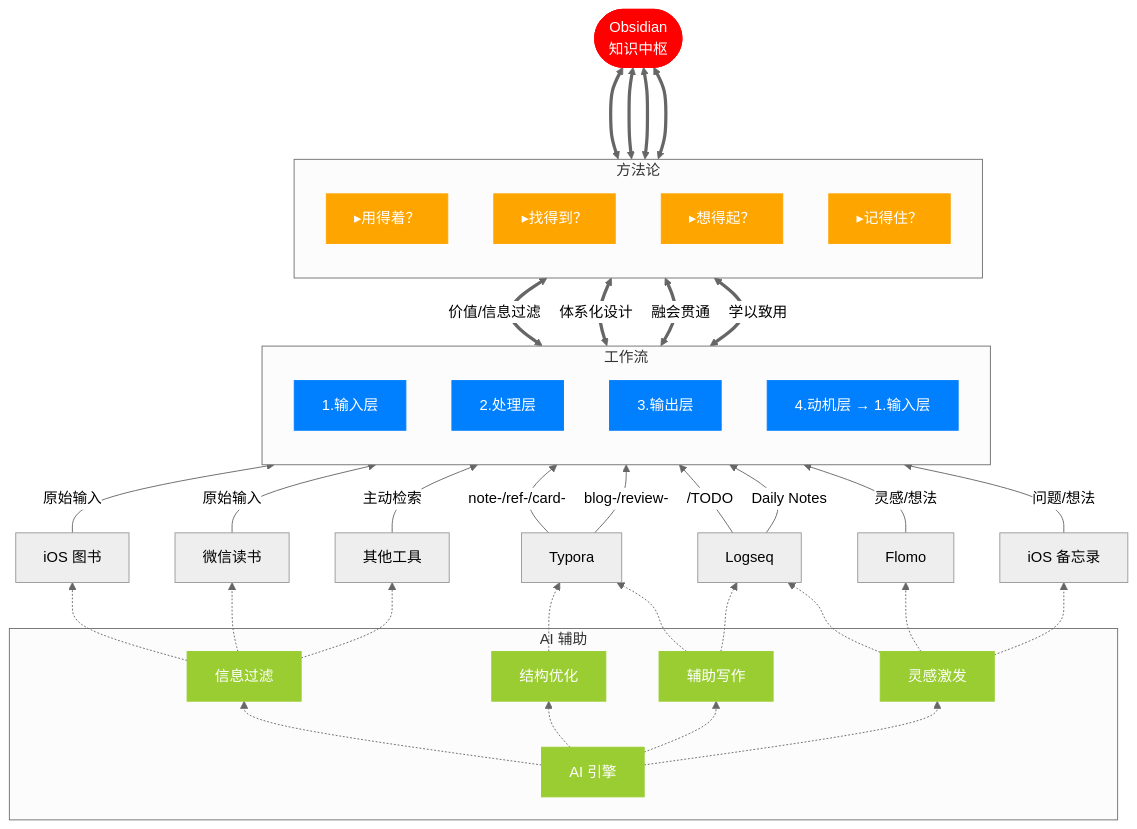
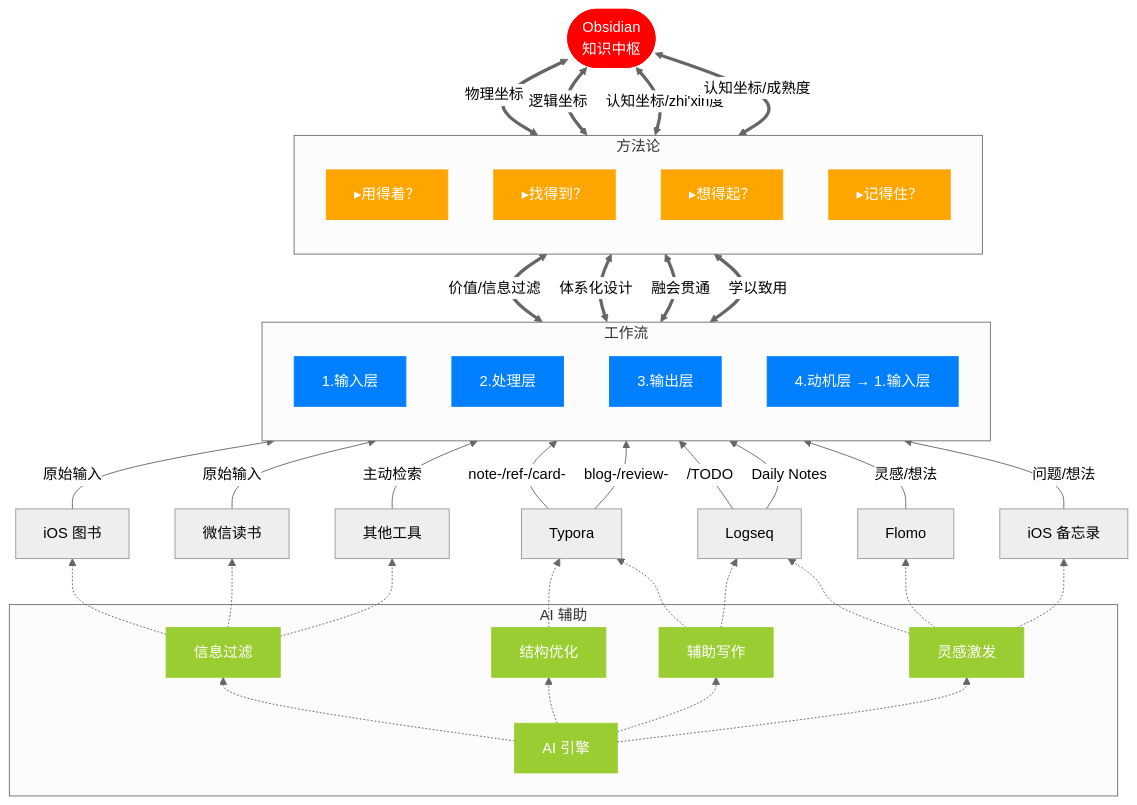
One commit to El25Aleph/_Aleph changed the third of 3 diagrams in docs/blog-我的知识管理-再谈笔记构建.md. Above: the diagram before and after it, drawn with Mermaid. The commit also changed 2 other files, not shown here.

````diff
--- a/docs/blog-我的知识管理-再谈笔记构建.md
+++ b/docs/blog-我的知识管理-再谈笔记构建.md
@@ -186,60 +186,60 @@
 ```mermaid
 ---
 config:
     theme: 'neutral'
 ---
 graph BT
     subgraph sub1["工作流"]
         direction BT
         L1[1.输入层];
         L2[2.处理层];
         L3[3.输出层];
         L4[4.动机层 → 1.输入层];
     end
     T7([Obsidian<br>知识中枢]);
     T4[iOS 图书] --原始输入--> L1;
     T5[微信读书] --原始输入--> L1;
     T8[其他工具] --主动检索--> L1;
     T6[Typora] --> |note-/ref-/card-|L2;
     T6[Typora] --> |blog-/review-|L3;
     T1[Logseq] --/TODO--> L3;
     T1 --Daily Notes--> L4
     T2[Flomo] --灵感/想法--> L4;
     T3[iOS 备忘录] --问题/想法--> L4;   
 
     subgraph sub2["AI 辅助"]
     AI0[AI 引擎] -.-> AI1 & AI2 & AI3 & AI4
     end
     AI1[信息过滤] -.-> T4 & T5 & T8
     AI2[结构优化] -.-> T6
     AI3[辅助写作] -.-> T6 & T1
     AI4[灵感激发] -.-> T1 & T2 & T3
 
     subgraph sub3["方法论"]
         direction BT
         S1[▸用得着？];
         S2[▸找得到？];
         S3[▸想得起？];
         S4[▸记得住？];
     end
     
     L1 <==价值/信息过滤==> S1;
     L2 <==体系化设计==> S2;
     L3 <==融会贯通==> S3;
     L4 <==学以致用==> S4;
 
-    S1 <===> T7
-    S2 <===> T7
-    S3 <===> T7
-    S4 <===> T7
+    S1 <==物理坐标==> T7
+    S2 <==逻辑坐标==> T7
+    S3 <==认知坐标/zhi'xin度==> T7
+    S4 <==认知坐标/成熟度==> T7
 
     classDef flow fill:red,stroke:red,color:white
     class T7 flow
     classDef mid fill:#007FFF,stroke:#007FFF,color:white
     class L1,L2,L3,L4 mid
     classDef dimE fill:#9ACD32,stroke:#9ACD32,color:white
     class AI0,AI1,AI2,AI3,AI4 dimE
     classDef dim fill:orange,stroke:orange,color:white
     class S1,S2,S3,S4 dim
 
 ```
````
